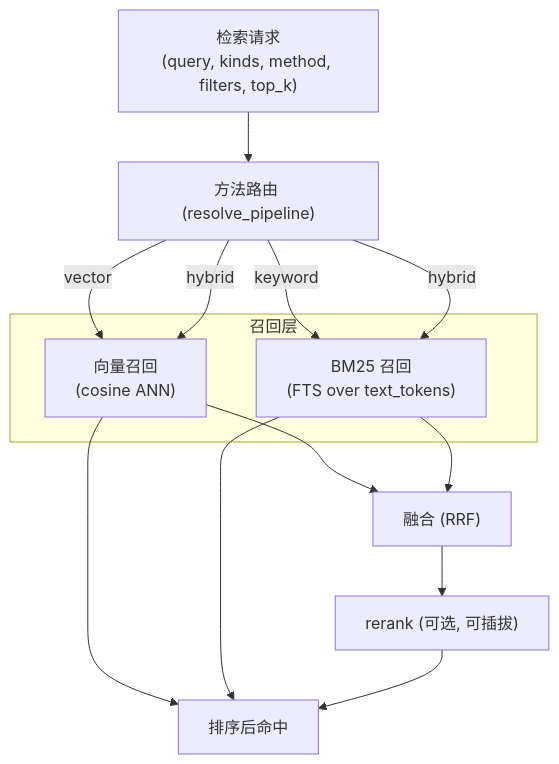
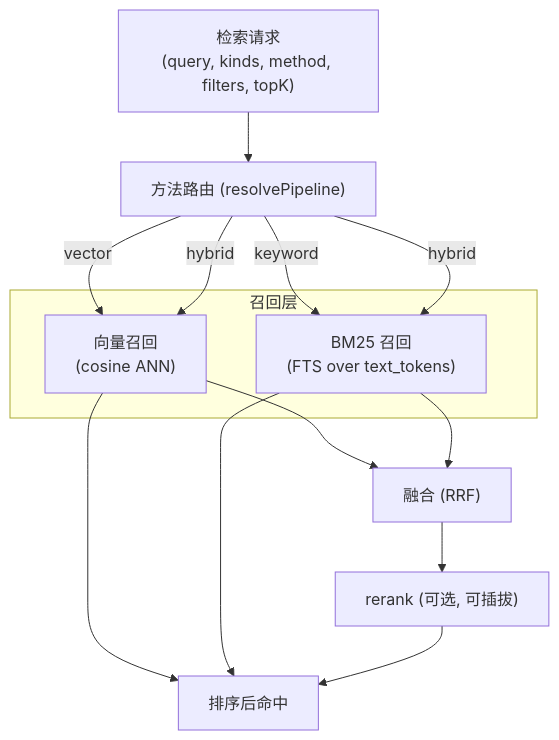
Before and after one commit to Kairos0922/kairos-agent-infra: the diagram in docs/modules/memory/retrieval.md, drawn with Mermaid. The commit also changed other lines of this file and 92 other files, not shown here.

````diff
--- a/docs/modules/memory/retrieval.md
+++ b/docs/modules/memory/retrieval.md
@@ -11,16 +11,16 @@
 ```mermaid
 flowchart TB
-    Q["检索请求<br/>(query, kinds, method, filters, top_k)"]
-    R["方法路由 (resolve_pipeline)"]
+    Q["检索请求<br/>(query, kinds, method, filters, topK)"]
+    R["方法路由 (resolvePipeline)"]
     subgraph Recall["召回层"]
         VR["向量召回<br/>(cosine ANN)"]
         BR["BM25 召回<br/>(FTS over text_tokens)"]
     end
     F["融合 (RRF)"]
     RR["rerank (可选, 可插拔)"]
     OUT["排序后命中"]
     Q --> R
     R -->|vector| VR --> OUT
     R -->|keyword| BR --> OUT
     R -->|hybrid| VR & BR --> F --> RR --> OUT
 ```
````
